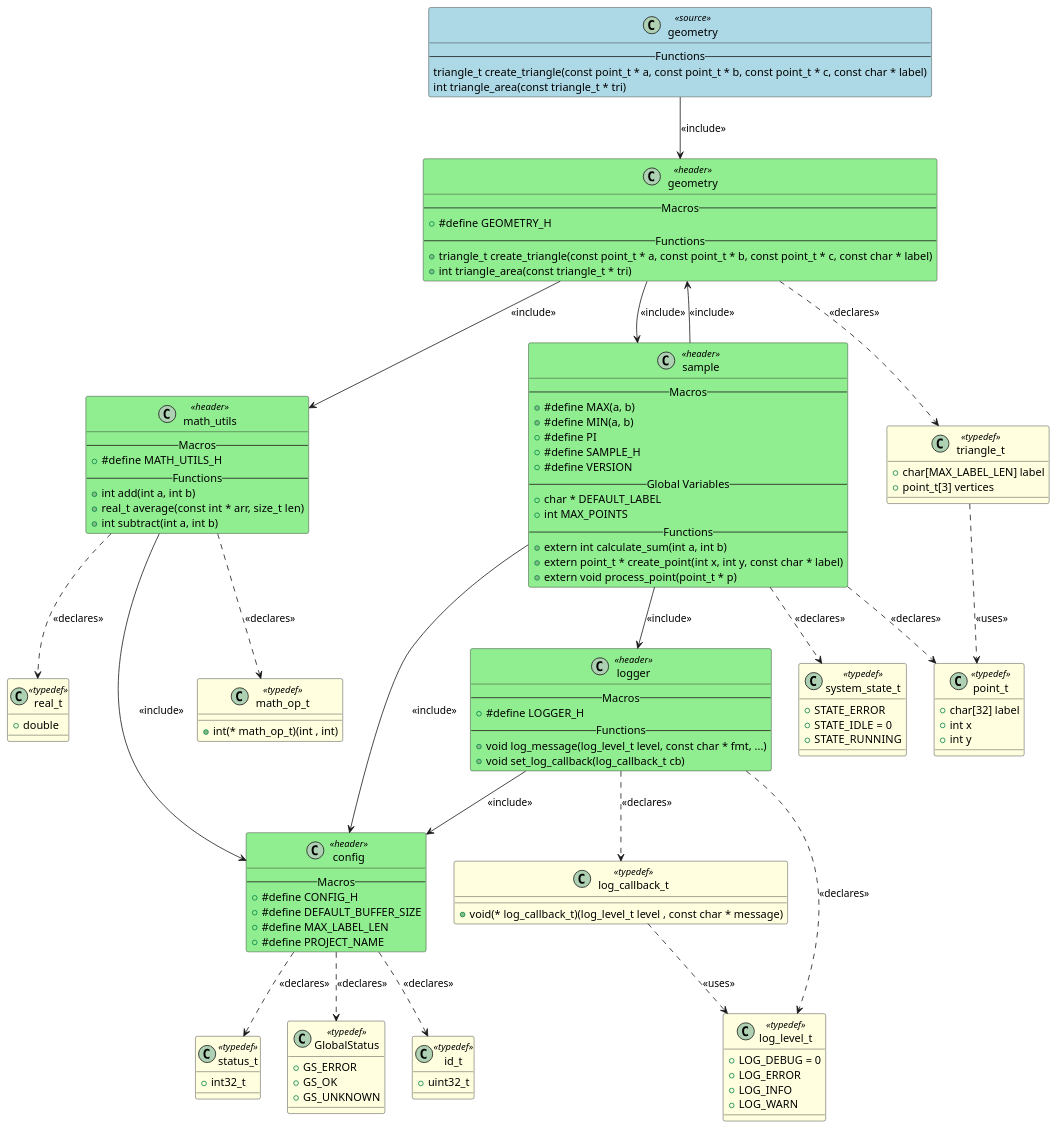
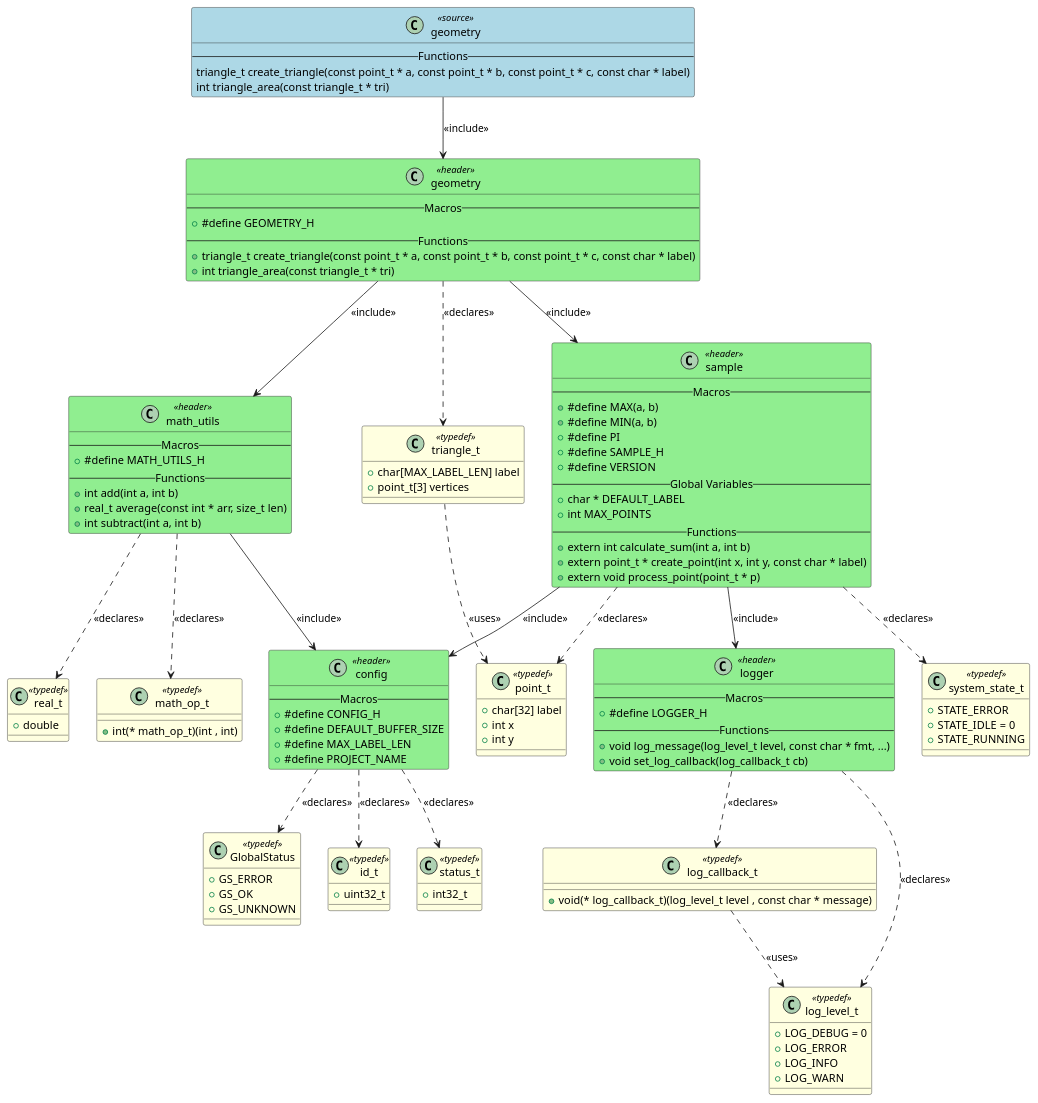
The diagram in artifacts/output_example/geometry.puml (fischerjooo/c2puml), drawn with PlantUML before and after one commit. The commit also changed 9 other files, not shown here.

```diff
--- a/artifacts/output_example/geometry.puml
+++ b/artifacts/output_example/geometry.puml
@@ -1,151 +1,149 @@
 @startuml geometry
 
 class "geometry" as GEOMETRY <<source>> #LightBlue
 {
     -- Functions --
     triangle_t create_triangle(const point_t * a, const point_t * b, const point_t * c, const char * label)
     int triangle_area(const triangle_t * tri)
 }
 
 class "config" as HEADER_CONFIG <<header>> #LightGreen
 {
     -- Macros --
     + #define CONFIG_H
     + #define DEFAULT_BUFFER_SIZE
     + #define MAX_LABEL_LEN
     + #define PROJECT_NAME
 }
 
 class "geometry" as HEADER_GEOMETRY <<header>> #LightGreen
 {
     -- Macros --
     + #define GEOMETRY_H
     -- Functions --
     + triangle_t create_triangle(const point_t * a, const point_t * b, const point_t * c, const char * label)
     + int triangle_area(const triangle_t * tri)
 }
 
 class "logger" as HEADER_LOGGER <<header>> #LightGreen
 {
     -- Macros --
     + #define LOGGER_H
     -- Functions --
     + void log_message(log_level_t level, const char * fmt, ...)
     + void set_log_callback(log_callback_t cb)
 }
 
 class "math_utils" as HEADER_MATH_UTILS <<header>> #LightGreen
 {
     -- Macros --
     + #define MATH_UTILS_H
     -- Functions --
     + int add(int a, int b)
     + real_t average(const int * arr, size_t len)
     + int subtract(int a, int b)
 }
 
 class "sample" as HEADER_SAMPLE <<header>> #LightGreen
 {
     -- Macros --
     + #define MAX(a, b)
     + #define MIN(a, b)
     + #define PI
     + #define SAMPLE_H
     + #define VERSION
     -- Global Variables --
     + char * DEFAULT_LABEL
     + int MAX_POINTS
     -- Functions --
     + extern int calculate_sum(int a, int b)
     + extern point_t * create_point(int x, int y, const char * label)
     + extern void process_point(point_t * p)
 }
 
 class "GlobalStatus" as TYPEDEF_GLOBALSTATUS <<typedef>> #LightYellow
 {
     + GS_ERROR
     + GS_OK
     + GS_UNKNOWN
 }
 
 class "id_t" as TYPEDEF_ID_T <<typedef>> #LightYellow
 {
     + uint32_t
 }
 
 class "status_t" as TYPEDEF_STATUS_T <<typedef>> #LightYellow
 {
     + int32_t
 }
 
 class "triangle_t" as TYPEDEF_TRIANGLE_T <<typedef>> #LightYellow
 {
     + char[MAX_LABEL_LEN] label
     + point_t[3] vertices
 }
 
 class "log_level_t" as TYPEDEF_LOG_LEVEL_T <<typedef>> #LightYellow
 {
     + LOG_DEBUG = 0
     + LOG_ERROR
     + LOG_INFO
     + LOG_WARN
 }
 
 class "log_callback_t" as TYPEDEF_LOG_CALLBACK_T <<typedef>> #LightYellow
 {
     + void(* log_callback_t)(log_level_t level , const char * message)
 }
 
 class "math_op_t" as TYPEDEF_MATH_OP_T <<typedef>> #LightYellow
 {
     + int(* math_op_t)(int , int)
 }
 
 class "real_t" as TYPEDEF_REAL_T <<typedef>> #LightYellow
 {
     + double
 }
 
 class "point_t" as TYPEDEF_POINT_T <<typedef>> #LightYellow
 {
     + char[32] label
     + int x
     + int y
 }
 
 class "system_state_t" as TYPEDEF_SYSTEM_STATE_T <<typedef>> #LightYellow
 {
     + STATE_ERROR
     + STATE_IDLE = 0
     + STATE_RUNNING
 }
 
 
 ' Include relationships
 GEOMETRY --> HEADER_GEOMETRY : <<include>>
 HEADER_GEOMETRY --> HEADER_MATH_UTILS : <<include>>
 HEADER_GEOMETRY --> HEADER_SAMPLE : <<include>>
-HEADER_LOGGER --> HEADER_CONFIG : <<include>>
 HEADER_MATH_UTILS --> HEADER_CONFIG : <<include>>
 HEADER_SAMPLE --> HEADER_CONFIG : <<include>>
-HEADER_SAMPLE --> HEADER_GEOMETRY : <<include>>
 HEADER_SAMPLE --> HEADER_LOGGER : <<include>>
 
 ' Declaration relationships
 HEADER_CONFIG ..> TYPEDEF_GLOBALSTATUS : <<declares>>
 HEADER_CONFIG ..> TYPEDEF_ID_T : <<declares>>
 HEADER_CONFIG ..> TYPEDEF_STATUS_T : <<declares>>
 HEADER_GEOMETRY ..> TYPEDEF_TRIANGLE_T : <<declares>>
 HEADER_LOGGER ..> TYPEDEF_LOG_LEVEL_T : <<declares>>
 HEADER_LOGGER ..> TYPEDEF_LOG_CALLBACK_T : <<declares>>
 HEADER_MATH_UTILS ..> TYPEDEF_MATH_OP_T : <<declares>>
 HEADER_MATH_UTILS ..> TYPEDEF_REAL_T : <<declares>>
 HEADER_SAMPLE ..> TYPEDEF_POINT_T : <<declares>>
 HEADER_SAMPLE ..> TYPEDEF_SYSTEM_STATE_T : <<declares>>
 
 ' Uses relationships
 TYPEDEF_TRIANGLE_T ..> TYPEDEF_POINT_T : <<uses>>
 TYPEDEF_LOG_CALLBACK_T ..> TYPEDEF_LOG_LEVEL_T : <<uses>>
 
 @enduml
```
